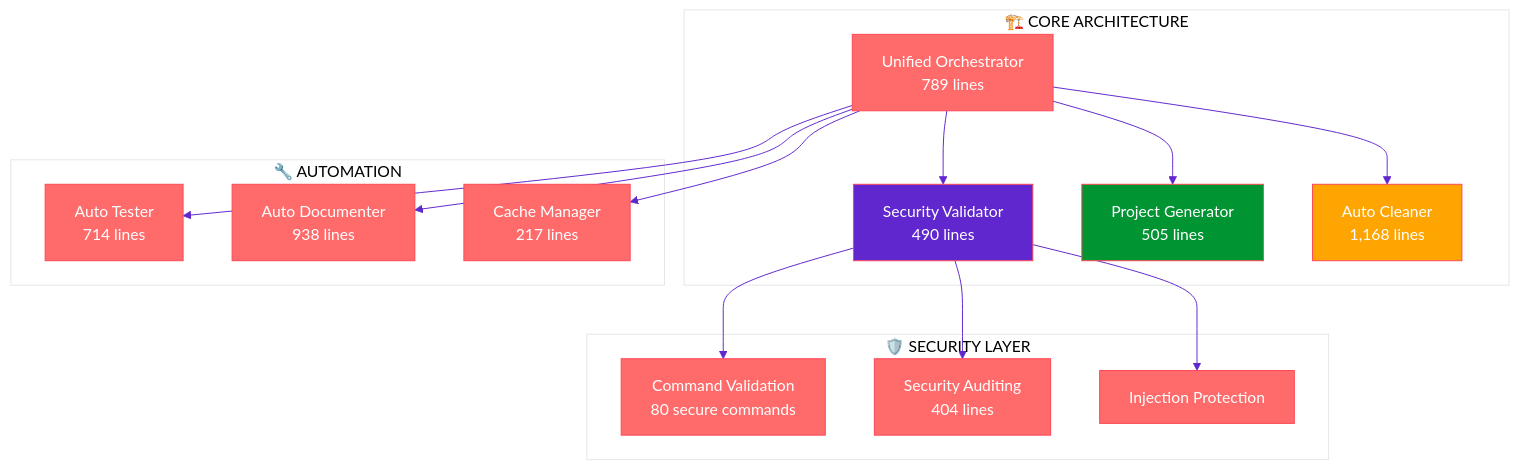
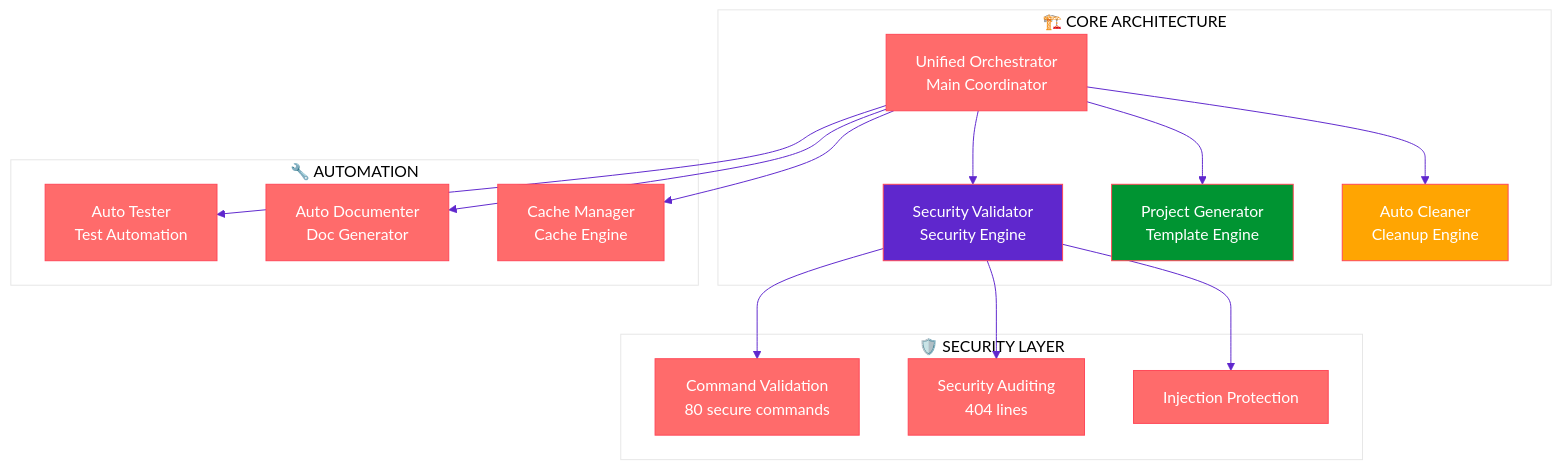
The first of 6 diagrams in README.md (arkalia-luna-system/ia-pipeline), drawn with Mermaid before and after one commit. The commit also changed other lines of this file and 11 other files, not shown here.

````diff
--- a/README.md
+++ b/README.md
@@ -22,37 +22,37 @@
 ```mermaid
 %%{init: {'theme':'base', 'themeVariables': { 'primaryColor': '#ff6b6b', 'primaryTextColor': '#fff', 'primaryBorderColor': '#ff4757', 'lineColor': '#5f27cd', 'secondaryColor': '#009432', 'tertiaryColor': '#fff'}}}%%
 graph TB
     subgraph "🏗️ CORE ARCHITECTURE"
-        UO[Unified Orchestrator<br/>789 lines]
-        SV[Security Validator<br/>490 lines]
-        PG[Project Generator<br/>505 lines]
-        AC[Auto Cleaner<br/>1,168 lines]
+        UO[Unified Orchestrator<br/>Main Coordinator]
+        SV[Security Validator<br/>Security Engine]
+        PG[Project Generator<br/>Template Engine]
+        AC[Auto Cleaner<br/>Cleanup Engine]
     end
     
     subgraph "🛡️ SECURITY LAYER"
         CV[Command Validation<br/>80 secure commands]
         SA[Security Auditing<br/>404 lines]
         IP[Injection Protection]
     end
     
     subgraph "🔧 AUTOMATION"
-        AT[Auto Tester<br/>714 lines]
-        AD[Auto Documenter<br/>938 lines]
-        CM[Cache Manager<br/>217 lines]
+        AT[Auto Tester<br/>Test Automation]
+        AD[Auto Documenter<br/>Doc Generator]
+        CM[Cache Manager<br/>Cache Engine]
     end
     
     UO --> SV
     UO --> PG
     UO --> AC
     SV --> CV
     SV --> SA
     SV --> IP
     UO --> AT
     UO --> AD
     UO --> CM
     
     style UO fill:#ff6b6b
     style SV fill:#5f27cd
     style PG fill:#009432
     style AC fill:#ffa502
 ```
````
